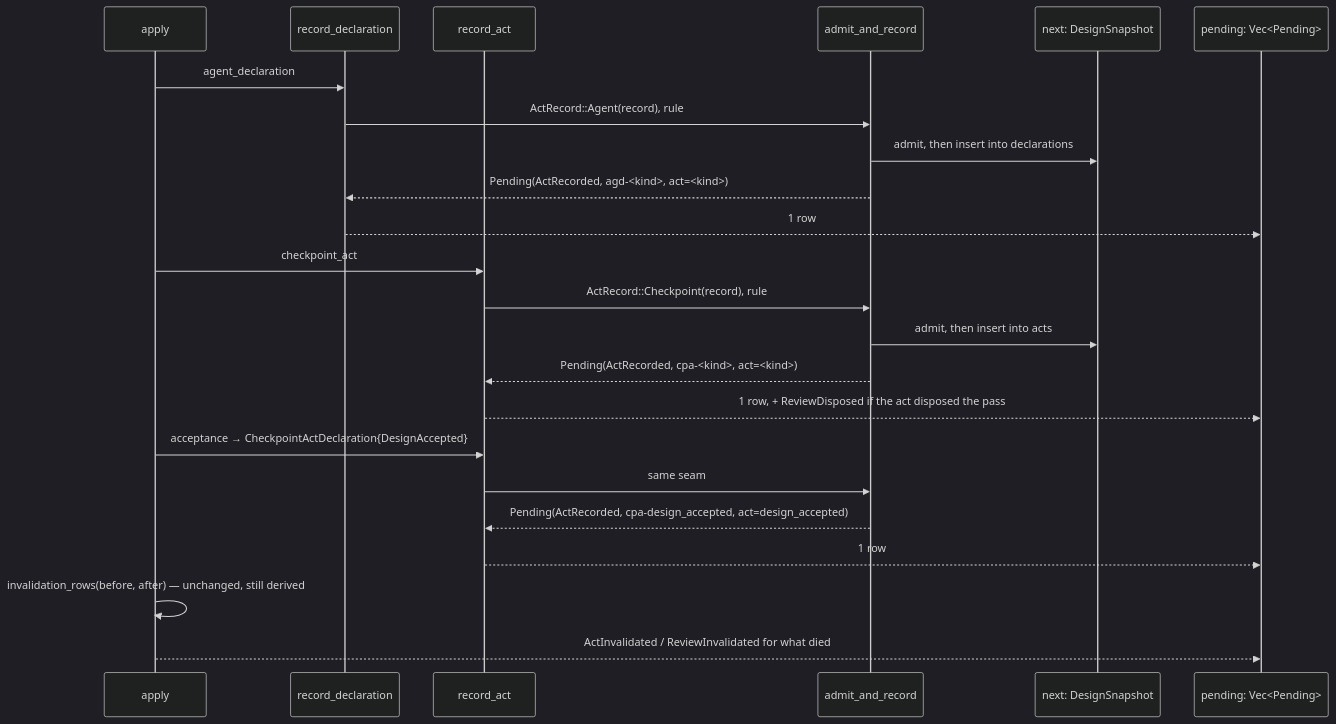
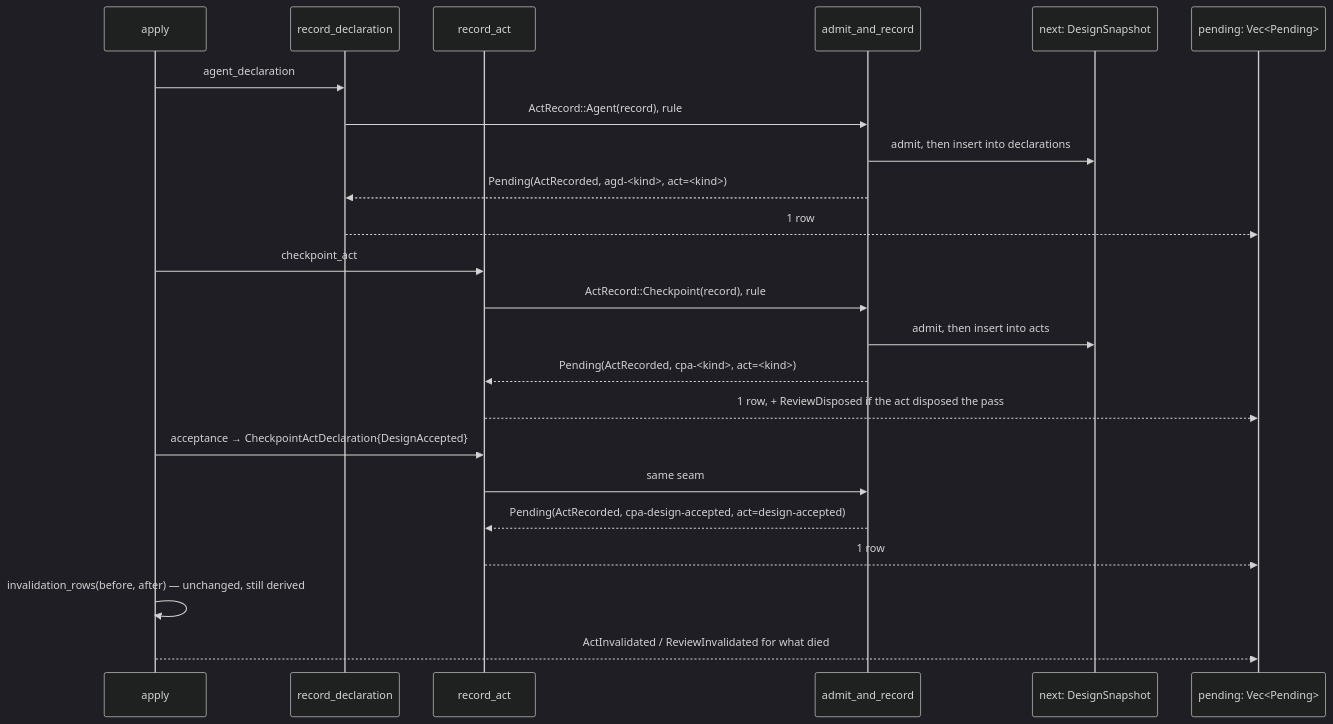
Before and after one commit to davidlee/doctrine: the second of 2 diagrams in .doctrine/slice/256/design.md, drawn with Mermaid (dark theme). The commit also changed other lines of this file and 11 other files, not shown here.

````diff
--- a/.doctrine/slice/256/design.md
+++ b/.doctrine/slice/256/design.md
@@ -603,29 +603,29 @@
 ```mermaid
 sequenceDiagram
     participant A as apply
     participant D as record_declaration
     participant K as record_act
     participant S as admit_and_record
     participant N as next: DesignSnapshot
     participant P as pending: Vec<Pending>
 
     A->>D: agent_declaration
     D->>S: ActRecord::Agent(record), rule
     S->>N: admit, then insert into declarations
     S-->>D: Pending(ActRecorded, agd-<kind>, act=<kind>)
     D-->>P: 1 row
 
     A->>K: checkpoint_act
     K->>S: ActRecord::Checkpoint(record), rule
     S->>N: admit, then insert into acts
     S-->>K: Pending(ActRecorded, cpa-<kind>, act=<kind>)
     K-->>P: 1 row, + ReviewDisposed if the act disposed the pass
 
     A->>K: acceptance → CheckpointActDeclaration{DesignAccepted}
     K->>S: same seam
-    S-->>K: Pending(ActRecorded, cpa-design_accepted, act=design_accepted)
+    S-->>K: Pending(ActRecorded, cpa-design-accepted, act=design-accepted)
     K-->>P: 1 row
 
     A->>A: invalidation_rows(before, after) — unchanged, still derived
     A-->>P: ActInvalidated / ReviewInvalidated for what died
 ```
````
